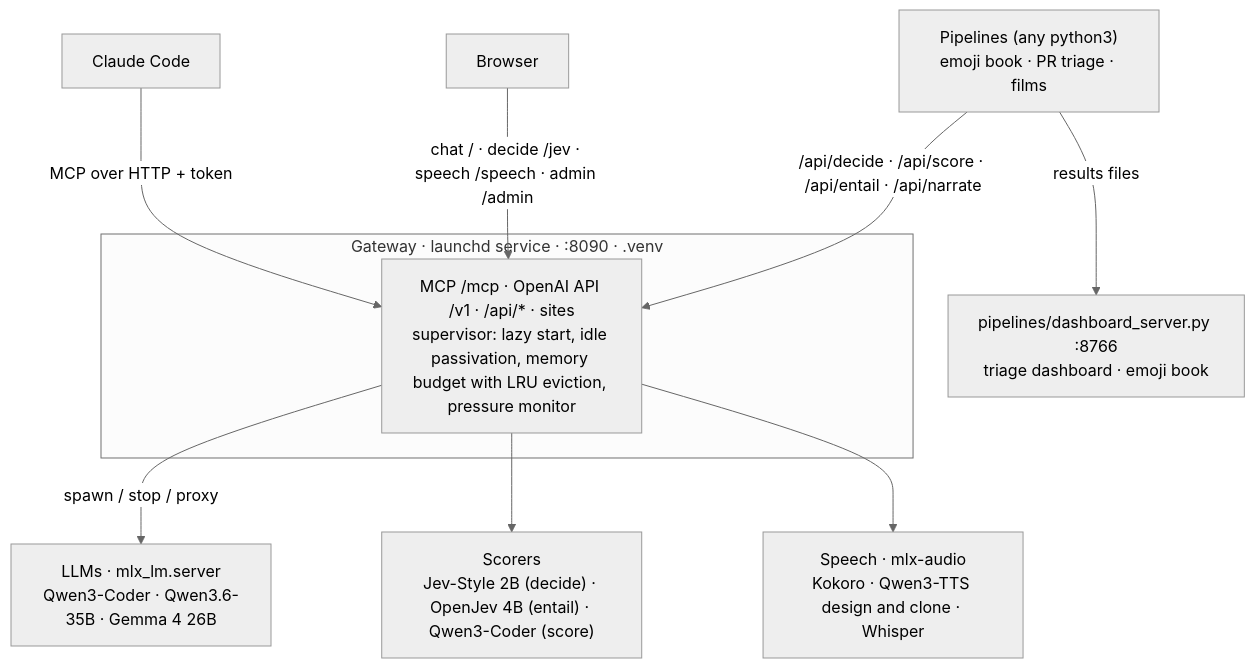
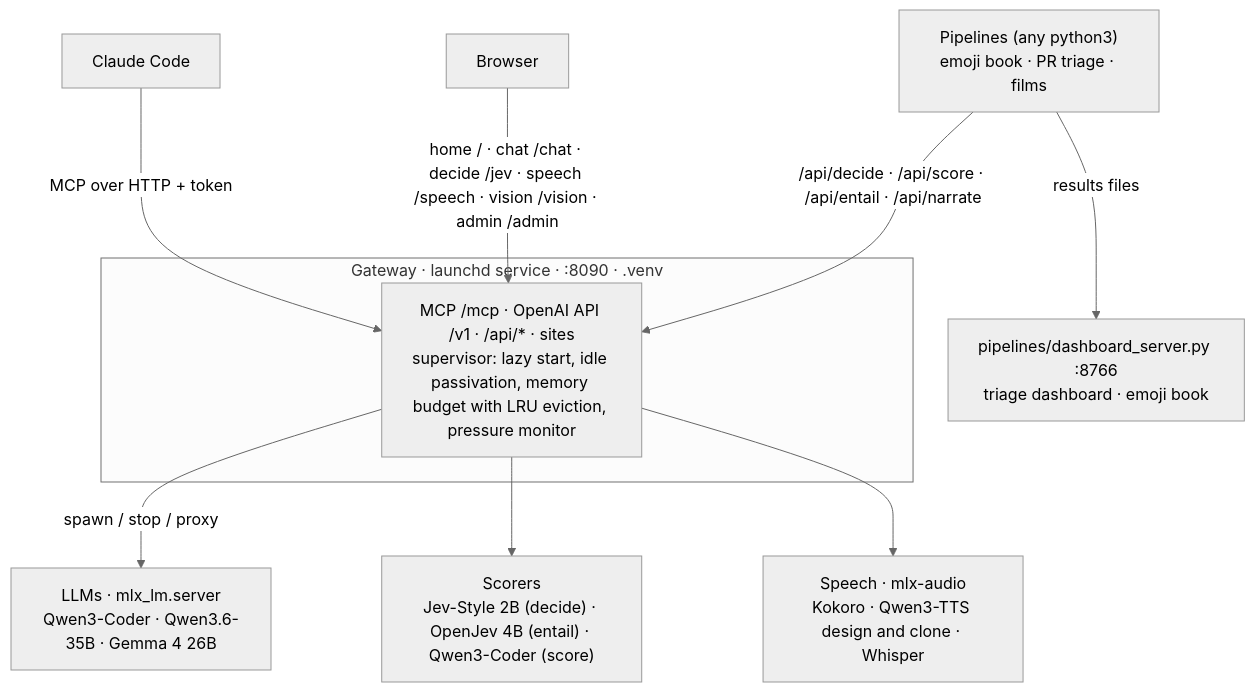
Before and after one commit to retronym/mlx-lm-setup: the first of 4 diagrams in README.md, drawn with Mermaid (neutral theme). The commit also changed other lines of this file and 19 other files, not shown here.

Commit message:
Vision (phase 10): Gemma 4 / Qwen3.6 vision via mlx-vlm on the weights already on disk; look MCP tool, /api/look, image parts on /v1/chat/completions, /vision page (paste, drop, paths, PDF pages); home page; spike on the Safe Scala stills

````diff
--- a/README.md
+++ b/README.md
@@ -45,13 +46,13 @@
 ```mermaid
 flowchart TB
   CC["Claude Code"] -- "MCP over HTTP + token" --> GW
-  BR["Browser"] -- "chat / · decide /jev · speech /speech · admin /admin" --> GW
+  BR["Browser"] -- "home / · chat /chat · decide /jev · speech /speech · vision /vision · admin /admin" --> GW
   PL["Pipelines (any python3)<br/>emoji book · PR triage · films"] -- "/api/decide · /api/score · /api/entail · /api/narrate" --> GW
   subgraph gw ["Gateway · launchd service · :8090 · .venv"]
     GW["MCP /mcp · OpenAI API /v1 · /api/* · sites<br/>supervisor: lazy start, idle passivation, memory budget with LRU eviction, pressure monitor"]
   end
   GW -- "spawn / stop / proxy" --> LLM["LLMs · mlx_lm.server<br/>Qwen3-Coder · Qwen3.6-35B · Gemma 4 26B"]
   GW --> SC["Scorers<br/>Jev-Style 2B (decide) · OpenJev 4B (entail) · Qwen3-Coder (score)"]
   GW --> SP["Speech · mlx-audio<br/>Kokoro · Qwen3-TTS design and clone · Whisper"]
   PL -- "results files" --> DASH["pipelines/dashboard_server.py :8766<br/>triage dashboard · emoji book"]
 ```
````
